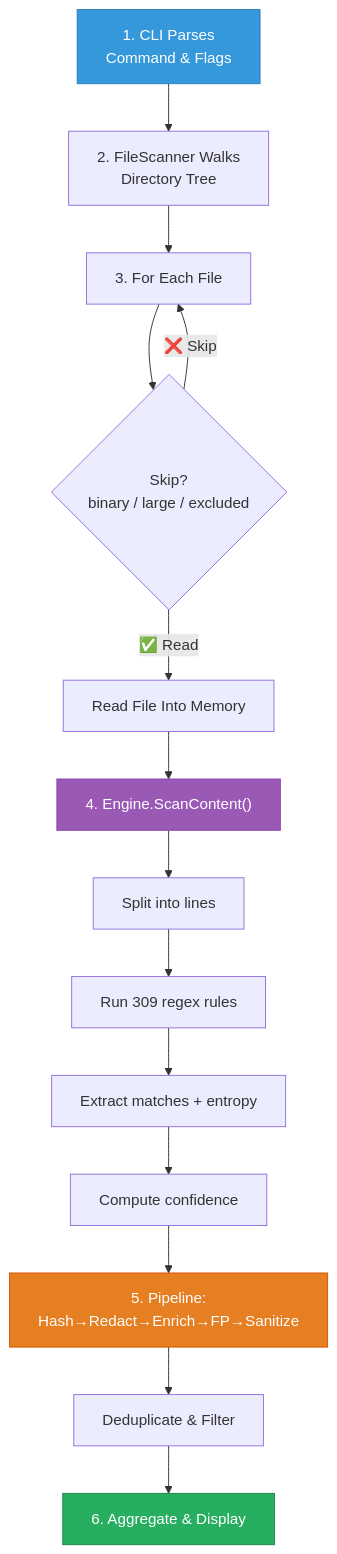
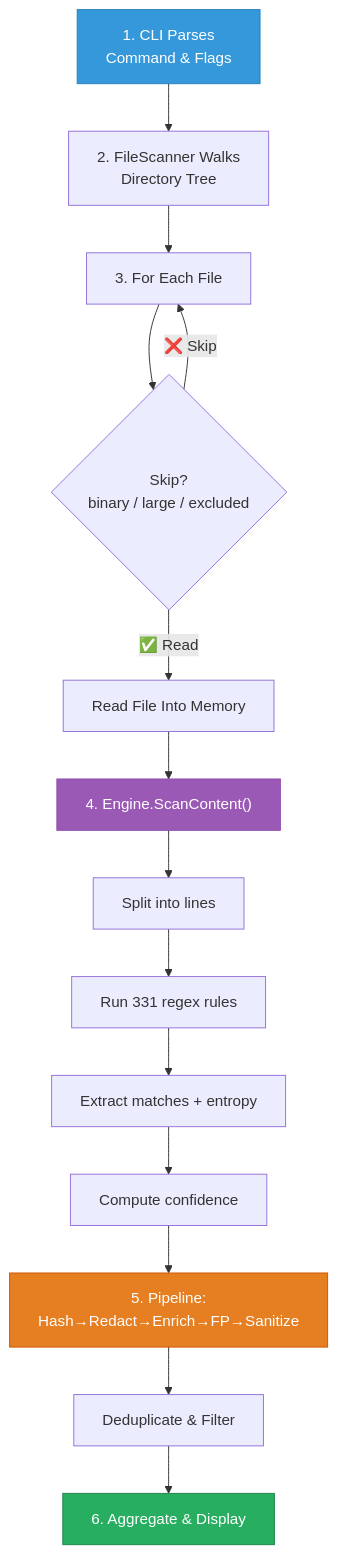
Diagram 24 of 37 in docs/training/01-core-detection-engine.md (svemulapati/CredVigil), drawn with Mermaid before and after one commit. The commit also changed other lines of this file and 5 other files, not shown here.

````diff
--- a/docs/training/01-core-detection-engine.md
+++ b/docs/training/01-core-detection-engine.md
@@ -1351,20 +1351,20 @@
 ```mermaid
 flowchart TD
     A["1. CLI Parses\nCommand & Flags"] --> B["2. FileScanner Walks\nDirectory Tree"]
     B --> C["3. For Each File"]
     C --> D{"Skip?\nbinary / large / excluded"}
     D -->|"❌ Skip"| C
     D -->|"✅ Read"| E["Read File Into Memory"]
     E --> F["4. Engine.ScanContent()"]
     F --> G["Split into lines"]
-    G --> H["Run 309 regex rules"]
+    G --> H["Run 331 regex rules"]
     H --> I["Extract matches + entropy"]
     I --> J["Compute confidence"]
     J --> K["5. Pipeline:\nHash→Redact→Enrich→FP→Sanitize"]
     K --> L["Deduplicate & Filter"]
     L --> M["6. Aggregate & Display"]
     style A fill:#3498DB,stroke:#2980B9,color:#fff
     style F fill:#9B59B6,stroke:#8E44AD,color:#fff
     style K fill:#E67E22,stroke:#D35400,color:#fff
     style M fill:#27AE60,stroke:#1E8449,color:#fff
 ```
````
